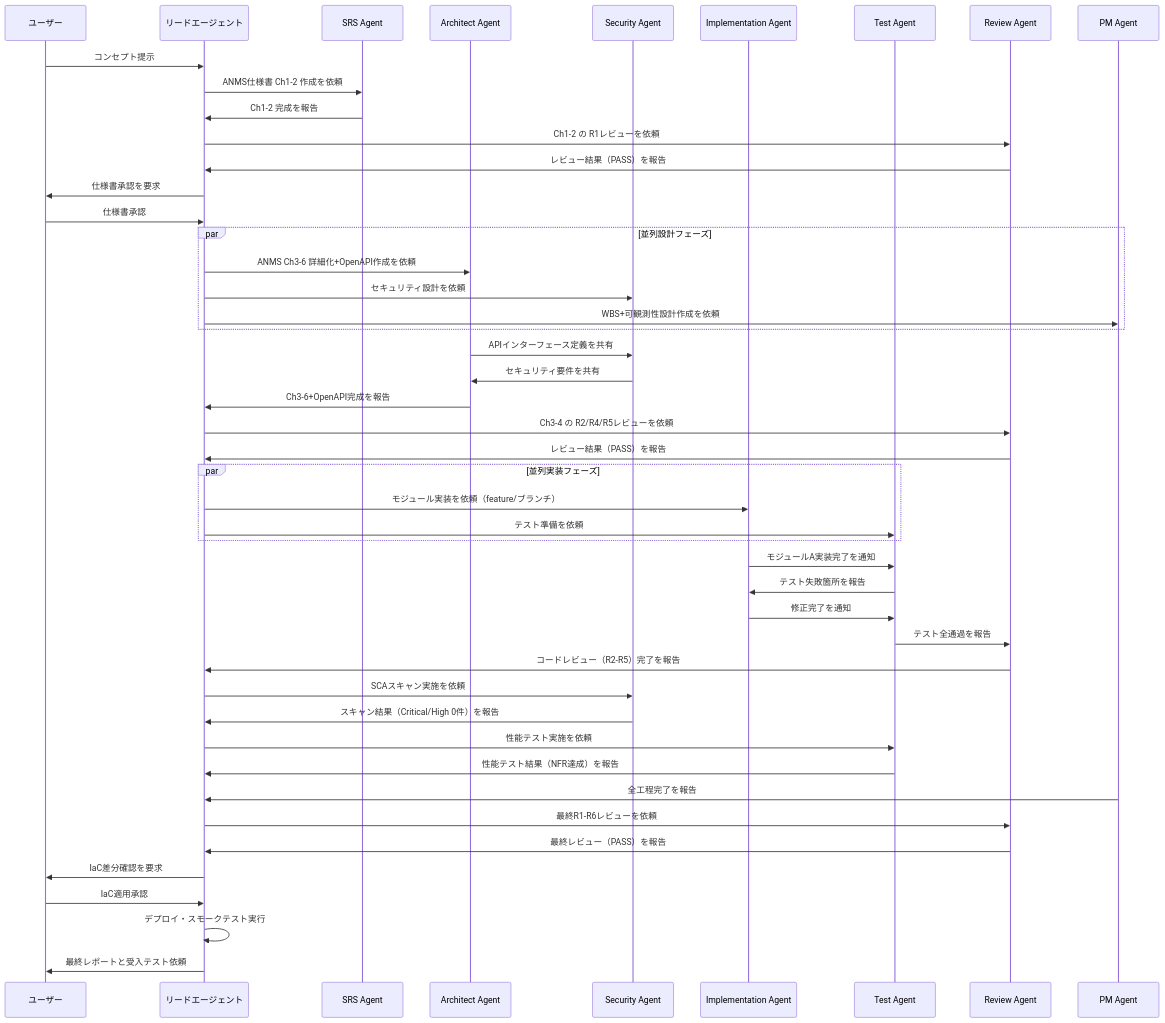
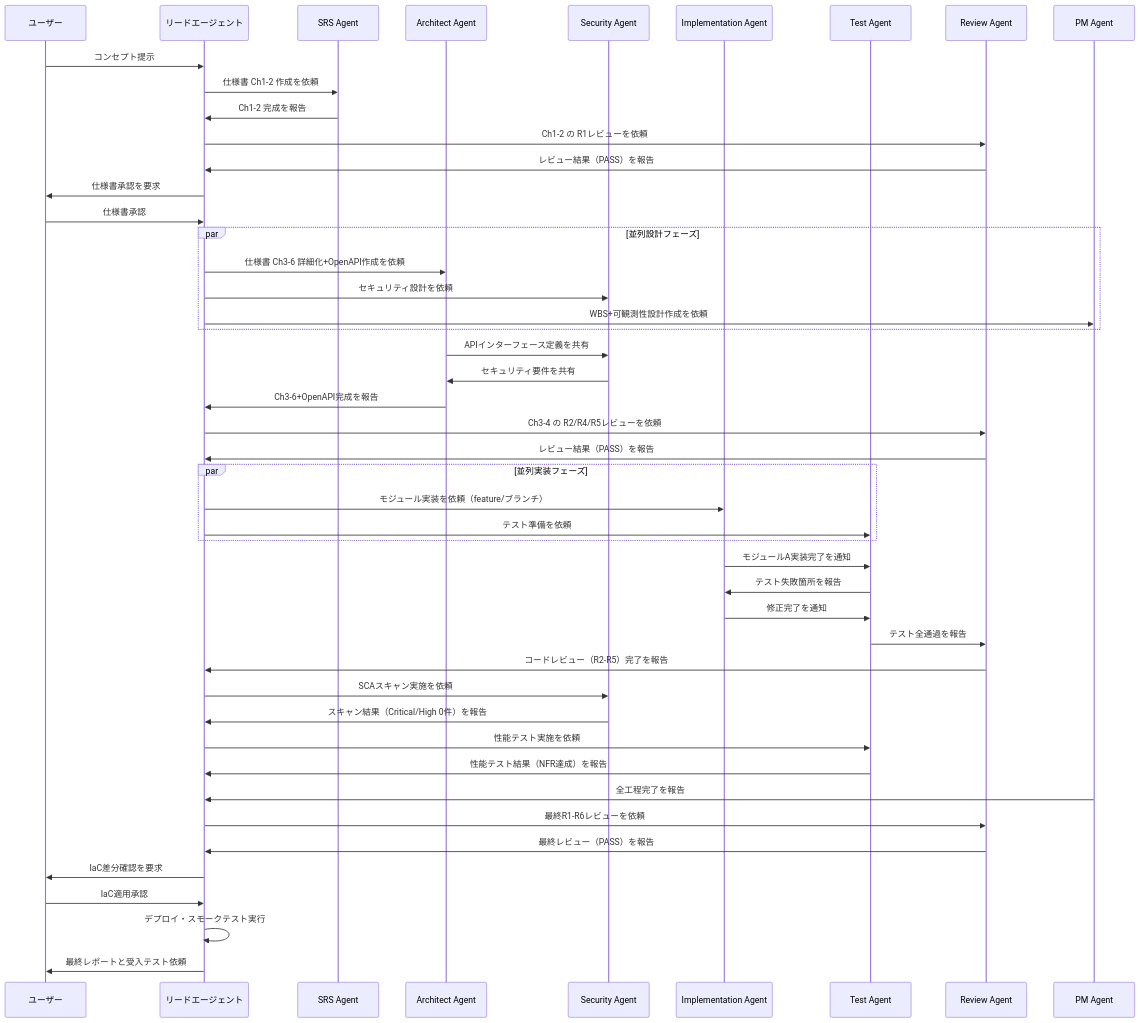
Diagram 11 of 11 in process-rules/full-auto-dev-process-rules-ja.md (GoodRelax/claude-code-full-auto-dev), drawn with Mermaid before and after one commit. The commit also changed other lines of this file and 38 other files, not shown here.

````diff
--- a/process-rules/full-auto-dev-process-rules-ja.md
+++ b/process-rules/full-auto-dev-process-rules-ja.md
@@ -2636,54 +2851,54 @@
 ```mermaid
 sequenceDiagram
     participant User as ユーザー
     participant Lead as リードエージェント
     participant SRS as SRS Agent
     participant Arch as Architect Agent
     participant Sec as Security Agent
     participant Impl as Implementation Agent
     participant Test as Test Agent
     participant Review as Review Agent
     participant PM as PM Agent
 
     User->>Lead: コンセプト提示
-    Lead->>SRS: ANMS仕様書 Ch1-2 作成を依頼
+    Lead->>SRS: 仕様書 Ch1-2 作成を依頼
     SRS->>Lead: Ch1-2 完成を報告
     Lead->>Review: Ch1-2 の R1レビューを依頼
     Review->>Lead: レビュー結果（PASS）を報告
     Lead->>User: 仕様書承認を要求
     User->>Lead: 仕様書承認
 
     par 並列設計フェーズ
-        Lead->>Arch: ANMS Ch3-6 詳細化+OpenAPI作成を依頼
+        Lead->>Arch: 仕様書 Ch3-6 詳細化+OpenAPI作成を依頼
         Lead->>Sec: セキュリティ設計を依頼
         Lead->>PM: WBS+可観測性設計作成を依頼
     end
 
     Arch->>Sec: APIインターフェース定義を共有
     Sec->>Arch: セキュリティ要件を共有
     Arch->>Lead: Ch3-6+OpenAPI完成を報告
     Lead->>Review: Ch3-4 の R2/R4/R5レビューを依頼
     Review->>Lead: レビュー結果（PASS）を報告
 
     par 並列実装フェーズ
         Lead->>Impl: モジュール実装を依頼（feature/ブランチ）
         Lead->>Test: テスト準備を依頼
     end
 
     Impl->>Test: モジュールA実装完了を通知
     Test->>Impl: テスト失敗箇所を報告
     Impl->>Test: 修正完了を通知
     Test->>Review: テスト全通過を報告
     Review->>Lead: コードレビュー（R2-R5）完了を報告
     Lead->>Sec: SCAスキャン実施を依頼
     Sec->>Lead: スキャン結果（Critical/High 0件）を報告
     Lead->>Test: 性能テスト実施を依頼
     Test->>Lead: 性能テスト結果（NFR達成）を報告
     PM->>Lead: 全工程完了を報告
     Lead->>Review: 最終R1-R6レビューを依頼
     Review->>Lead: 最終レビュー（PASS）を報告
     Lead->>User: IaC差分確認を要求
     User->>Lead: IaC適用承認
     Lead->>Lead: デプロイ・スモークテスト実行
     Lead->>User: 最終レポートと受入テスト依頼
 ```
````
